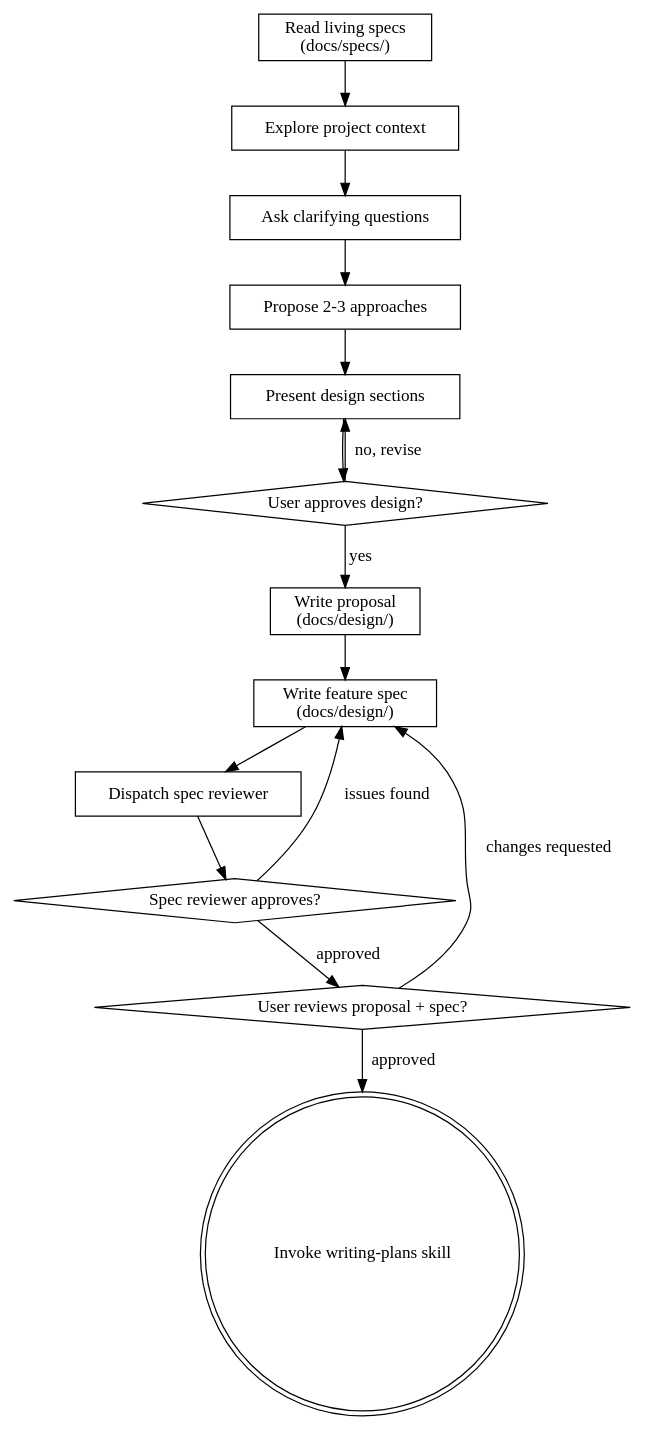
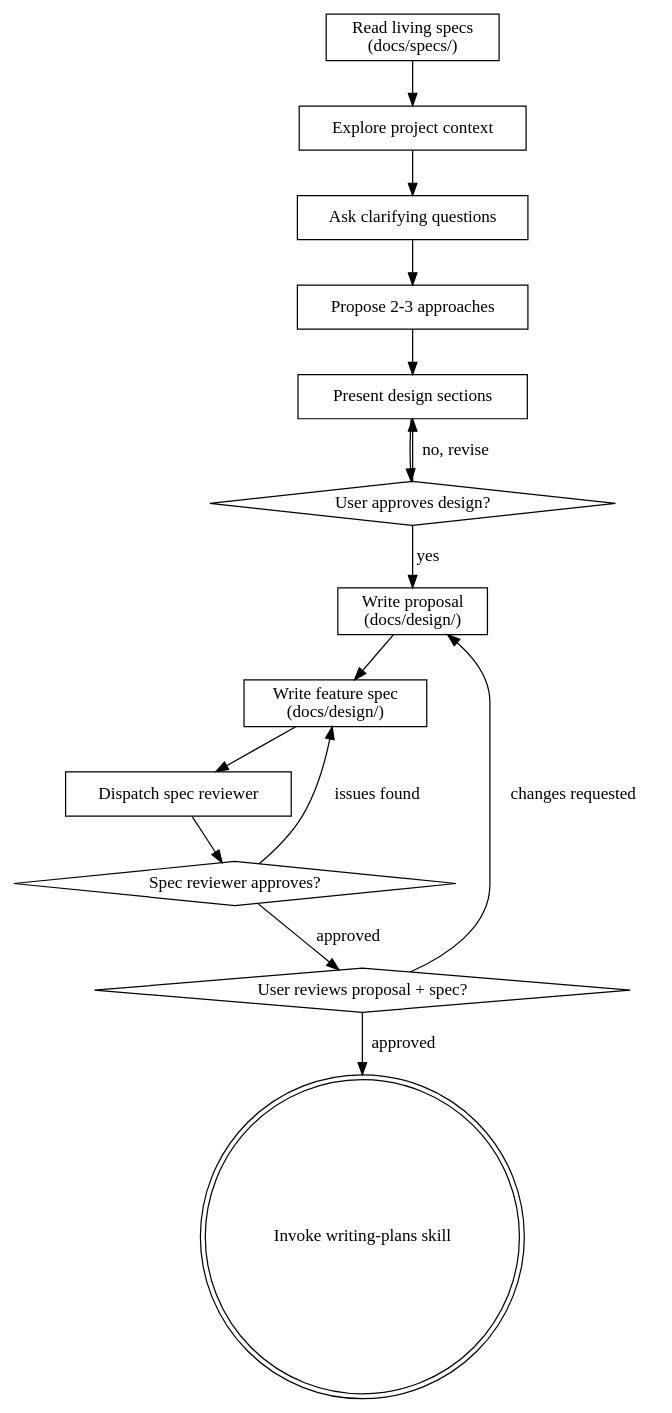
Before and after one commit to naripok/pi-superpowers: the diagram in skills/brainstorming/SKILL.md, drawn with Graphviz. The commit also changed other lines of this file and 2 other files, not shown here.

Commit message:
fix: address review findings - clarify cold-start language, fix flow graph loop, standardize placeholders, wire plan reviewer
- brainstorming checklist item 1: 'will create it' → 'will define the domain's
  initial behavioral requirements' (matches Process Flow phrasing)
- brainstorming flow graph: user-change loop goes back to Write proposal
  (not Write feature spec), since proposal changes should be addressed first
- writing-plans plan header: standardize on <topic> for both spec and delta
  paths (same string, different placeholders was misleading)
- writing-plans: wire plan-document-reviewer-prompt.md as optional
  recommended step after self-review (was orphaned)
- plan-document-reviewer-prompt.md: update references to feature spec and
  delta spec, add delta coverage check

````diff
--- a/skills/brainstorming/SKILL.md
+++ b/skills/brainstorming/SKILL.md
@@ -37,31 +37,31 @@
 ```dot
 digraph brainstorming {
     "Read living specs\n(docs/specs/)" [shape=box];
     "Explore project context" [shape=box];
     "Ask clarifying questions" [shape=box];
     "Propose 2-3 approaches" [shape=box];
     "Present design sections" [shape=box];
     "User approves design?" [shape=diamond];
     "Write proposal\n(docs/design/)" [shape=box];
     "Write feature spec\n(docs/design/)" [shape=box];
     "Dispatch spec reviewer" [shape=box];
     "Spec reviewer approves?" [shape=diamond];
     "User reviews proposal + spec?" [shape=diamond];
     "Invoke writing-plans skill" [shape=doublecircle];
 
     "Read living specs\n(docs/specs/)" -> "Explore project context";
     "Explore project context" -> "Ask clarifying questions";
     "Ask clarifying questions" -> "Propose 2-3 approaches";
     "Propose 2-3 approaches" -> "Present design sections";
     "Present design sections" -> "User approves design?";
     "User approves design?" -> "Present design sections" [label="no, revise"];
     "User approves design?" -> "Write proposal\n(docs/design/)" [label="yes"];
     "Write proposal\n(docs/design/)" -> "Write feature spec\n(docs/design/)";
     "Write feature spec\n(docs/design/)" -> "Dispatch spec reviewer";
     "Dispatch spec reviewer" -> "Spec reviewer approves?";
     "Spec reviewer approves?" -> "Write feature spec\n(docs/design/)" [label="issues found"];
     "Spec reviewer approves?" -> "User reviews proposal + spec?" [label="approved"];
-    "User reviews proposal + spec?" -> "Write feature spec\n(docs/design/)" [label="changes requested"];
+    "User reviews proposal + spec?" -> "Write proposal\n(docs/design/)" [label="changes requested"];
     "User reviews proposal + spec?" -> "Invoke writing-plans skill" [label="approved"];
 }
 ```
````
